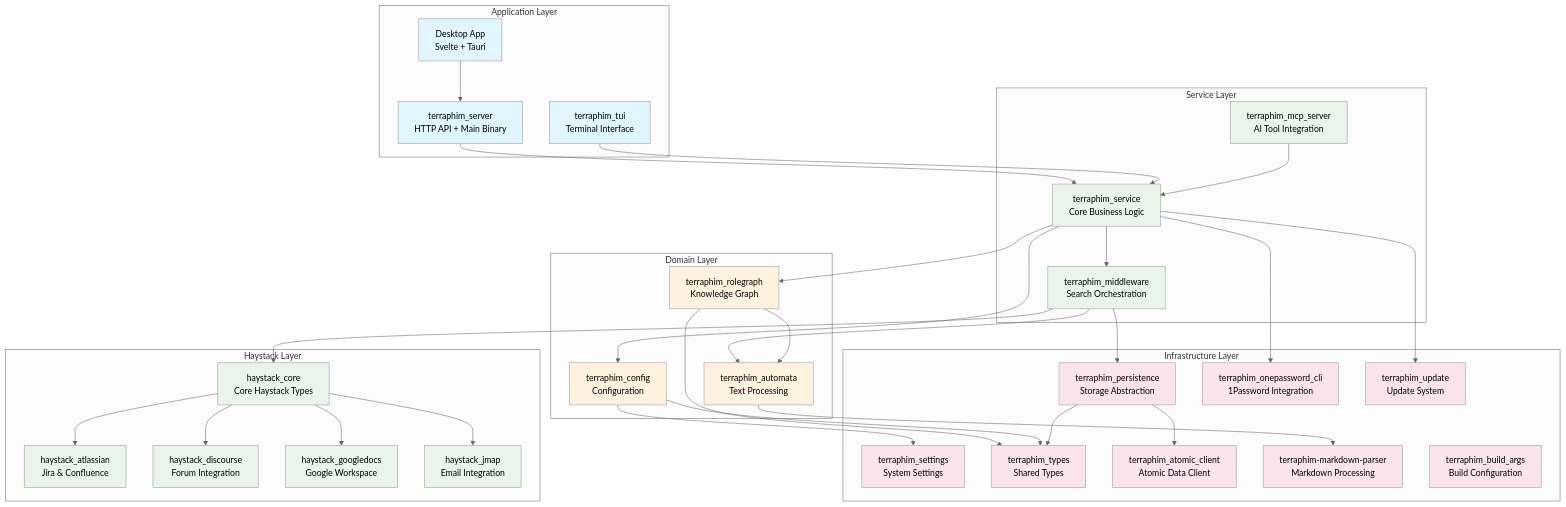
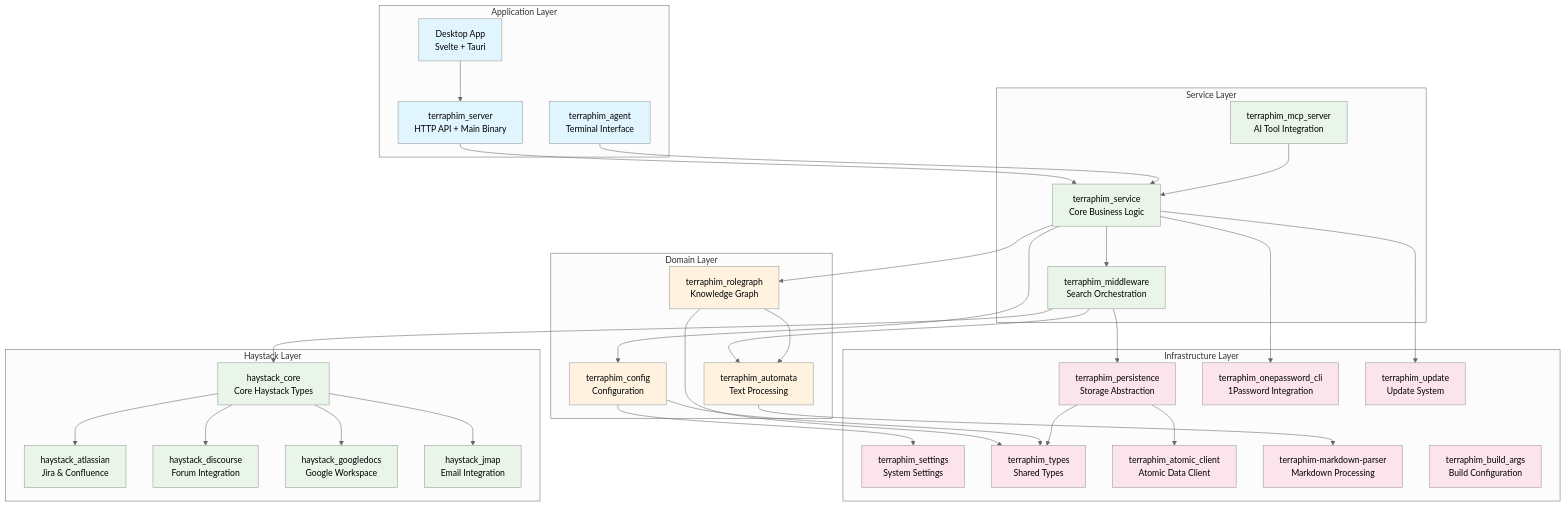
Before and after one commit to terraphim/terraphim-ai: the third of 8 diagrams in docs/src/Architecture.md, drawn with Mermaid (neutral theme). The commit also changed other lines of this file and 130 other files, not shown here.

First line of the commit message:
refactor: Rename terraphim_tui to terraphim_agent

```diff
--- a/docs/src/Architecture.md
+++ b/docs/src/Architecture.md
@@ -333,7 +333,7 @@
     subgraph "Application Layer"
         Server[terraphim_server<br/>HTTP API + Main Binary]
         Desktop[Desktop App<br/>Svelte + Tauri]
-        TUI[terraphim_tui<br/>Terminal Interface]
+        TUI[terraphim_agent<br/>Terminal Interface]
     end
 
     subgraph "Service Layer"
```
